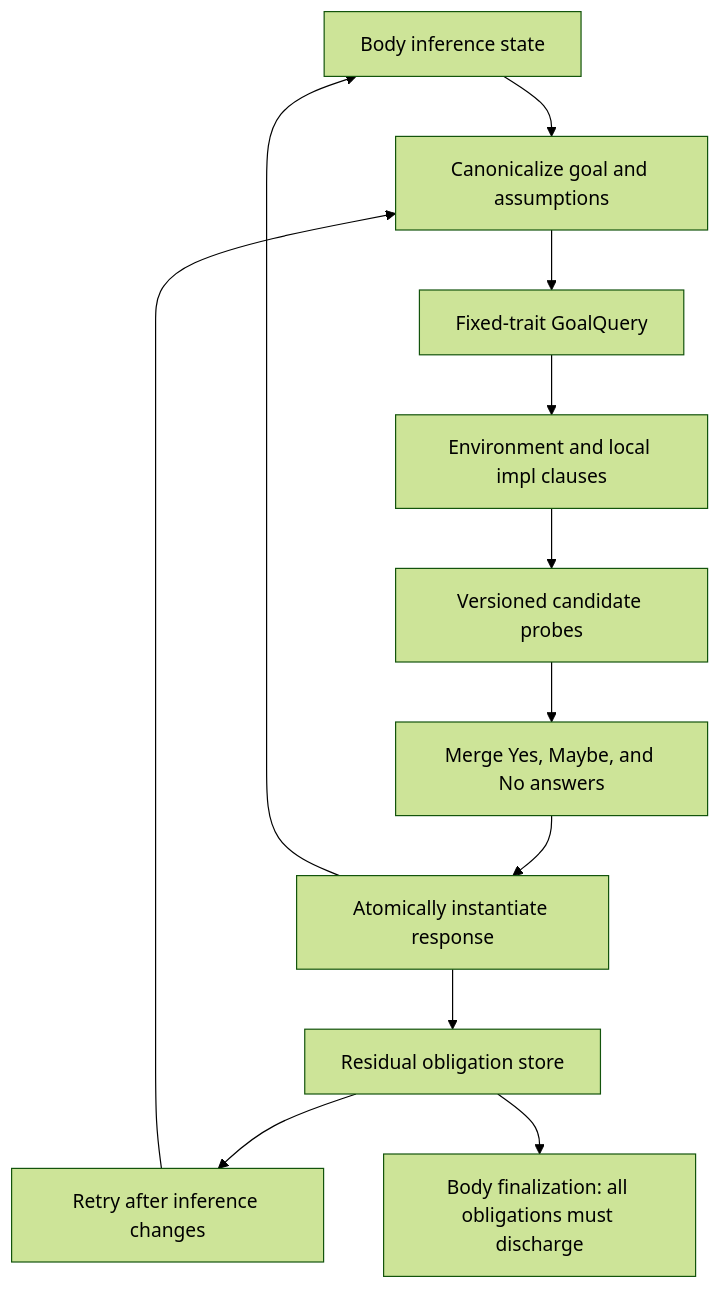
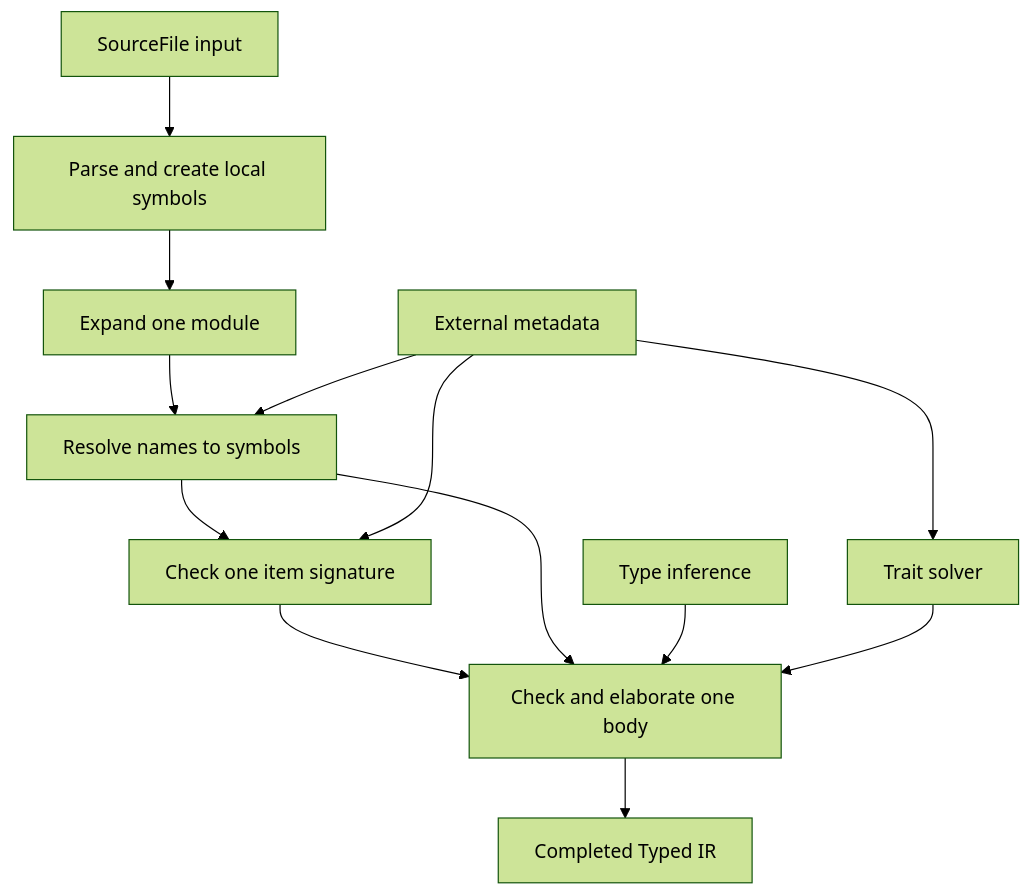
Before and after one commit to nikomatsakis/sage-dev: the diagram in md/design/architecture.md, drawn with Mermaid (forest theme). The commit also changed other lines of this file and 6 other files, not shown here.

Commit message:
Document symbols and compilation architecture

````diff
--- a/md/design/architecture.md
+++ b/md/design/architecture.md
@@ -325,14 +62,16 @@
 ```mermaid
 flowchart TD
-    Infer[Body inference state] --> Canon[Canonicalize goal and assumptions]
-    Canon --> Query[Fixed-trait GoalQuery]
-    Query --> Assemble[Environment and local impl clauses]
-    Assemble --> Probes[Versioned candidate probes]
-    Probes --> Merge[Merge Yes, Maybe, and No answers]
-    Merge --> Apply[Atomically instantiate response]
-    Apply --> Infer
-    Apply --> Obligations[Residual obligation store]
-    Obligations --> Retry[Retry after inference changes]
-    Retry --> Canon
-    Obligations --> Finalize[Body finalization: all obligations must discharge]
+    Source[SourceFile input] --> Parse[Parse and create local symbols]
+    Parse --> Expand[Expand one module]
+    Expand --> Resolve[Resolve names to symbols]
+    Resolve --> Sig[Check one item signature]
+    Sig --> Body[Check and elaborate one body]
+    Body --> Typed[Completed Typed IR]
+
+    Metadata[External metadata] --> Resolve
+    Metadata --> Sig
+    Metadata --> Solver
+    Resolve --> Body
+    Infer[Type inference] --> Body
+    Solver[Trait solver] --> Body
 ```
````
